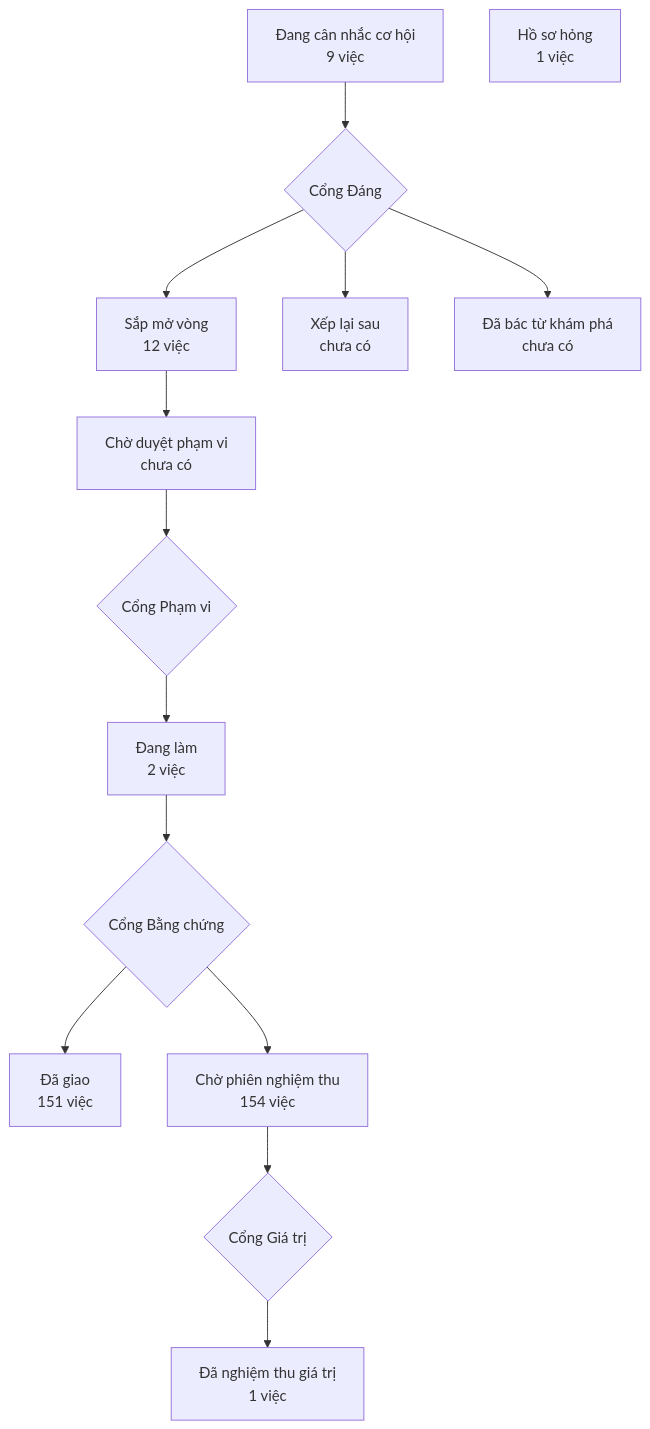
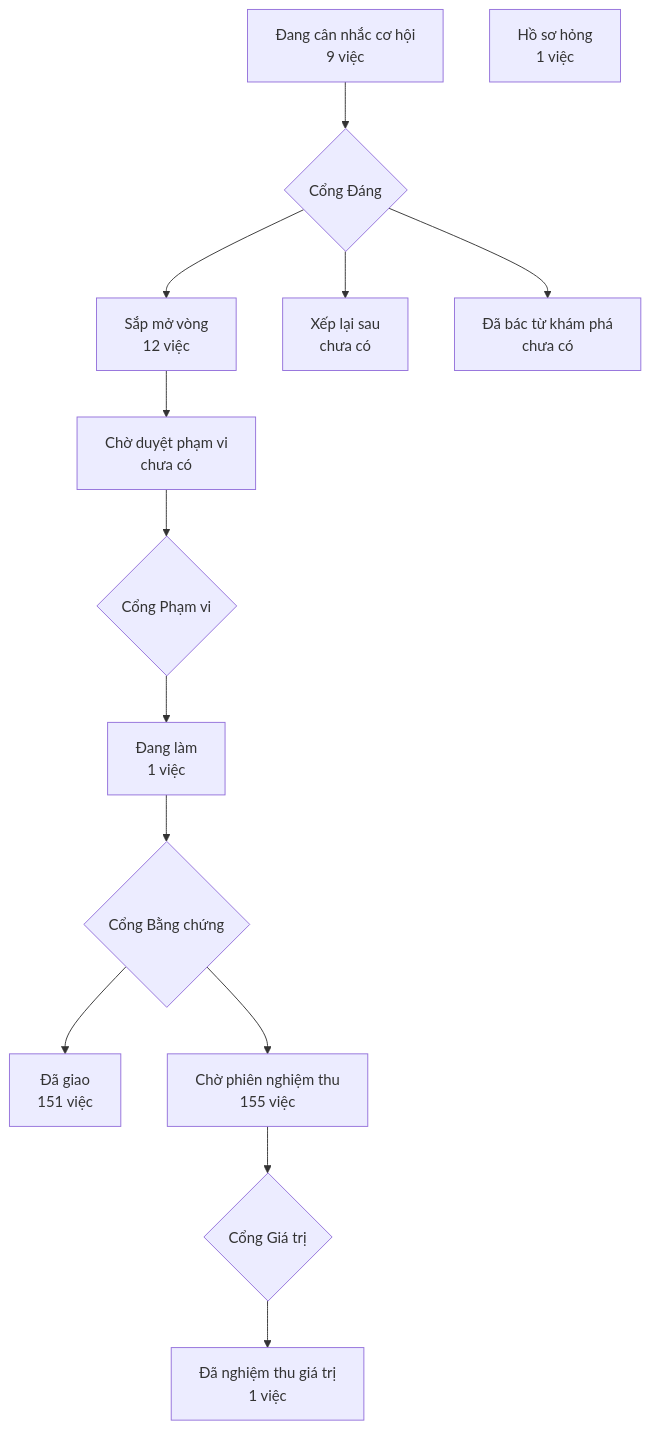
Before and after one commit to phanlemanh/crm-onehub: the diagram in PRODUCT-MAP.md, drawn with Mermaid. The commit also changed 4 other files, not shown here.

````diff
--- a/PRODUCT-MAP.md
+++ b/PRODUCT-MAP.md
@@ -7,13 +7,13 @@
 ```mermaid
 flowchart TD
   A["Đang cân nhắc cơ hội<br/>9 việc"] --> GD{"Cổng Đáng"}
   GD --> B["Sắp mở vòng<br/>12 việc"]
   GD --> XL["Xếp lại sau<br/>chưa có"]
   GD --> DB["Đã bác từ khám phá<br/>chưa có"]
   B --> CD["Chờ duyệt phạm vi<br/>chưa có"] --> GP{"Cổng Phạm vi"}
-  GP --> DL["Đang làm<br/>2 việc"] --> GB{"Cổng Bằng chứng"}
+  GP --> DL["Đang làm<br/>1 việc"] --> GB{"Cổng Bằng chứng"}
   GB --> DG["Đã giao<br/>151 việc"]
-  GB --> CN["Chờ phiên nghiệm thu<br/>154 việc"] --> GG{"Cổng Giá trị"}
+  GB --> CN["Chờ phiên nghiệm thu<br/>155 việc"] --> GG{"Cổng Giá trị"}
   GG --> NT["Đã nghiệm thu giá trị<br/>1 việc"]
   HS["Hồ sơ hỏng<br/>1 việc"]
 ```
````
